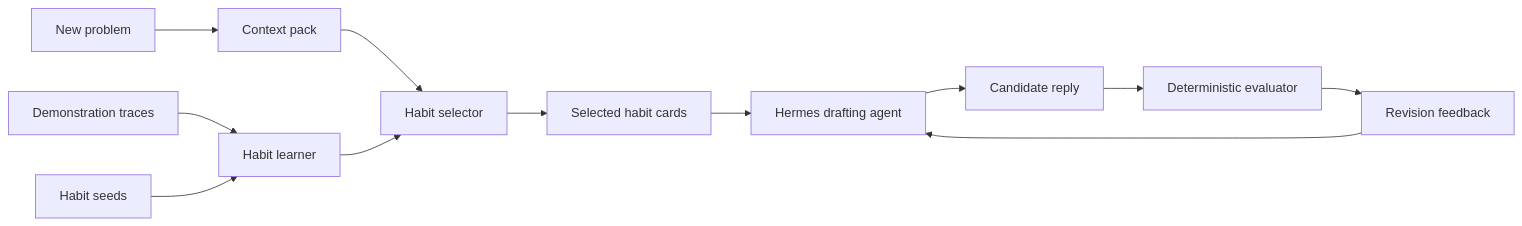
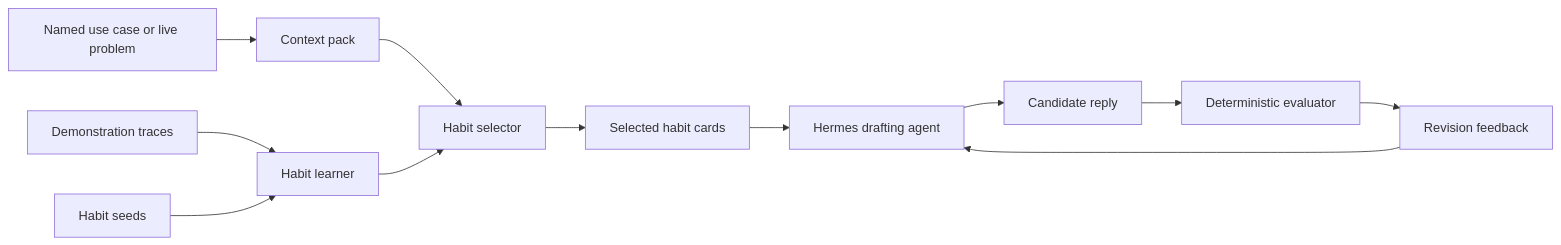
Before and after one commit to nilayparikh/tuts-agentic-ai-examples: the diagram in self-improving-agent/skill_mastery/README.md, drawn with Mermaid. The commit also changed other lines of this file and 65 other files, not shown here.

````diff
--- a/self-improving-agent/skill_mastery/README.md
+++ b/self-improving-agent/skill_mastery/README.md
@@ -8,14 +8,14 @@
 ```mermaid
 flowchart LR
     A[Demonstration traces] --> B[Habit learner]
     C[Habit seeds] --> B
-    D[New problem] --> E[Context pack]
-    E --> F[Habit selector]
+  D[Named use case or live problem] --> E[Context pack]
+  E --> F[Habit selector]
     B --> F
     F --> G[Selected habit cards]
     G --> H[Hermes drafting agent]
     H --> I[Candidate reply]
     I --> J[Deterministic evaluator]
     J --> K[Revision feedback]
     K --> H
 ```
````
